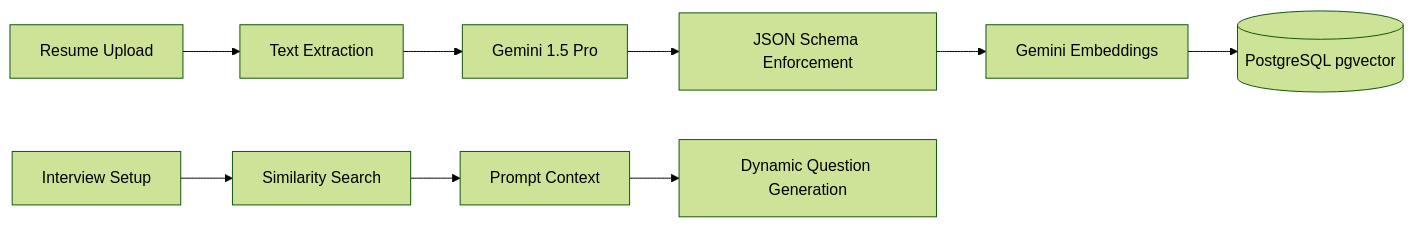
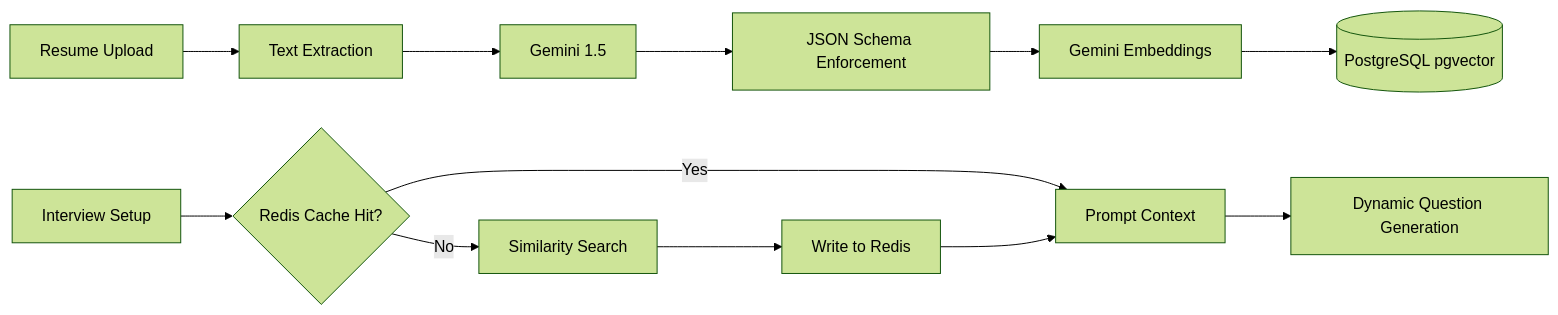
One commit to Vaibhav-Rajput-connect/InterviewOS changed the second of 2 diagrams in README.md. Above: the diagram before and after it, drawn with Mermaid (forest theme). The commit also changed other lines of this file, not shown here.

````diff
--- a/README.md
+++ b/README.md
@@ -76,12 +75,15 @@
 ```mermaid
 flowchart LR
     Upload[Resume Upload] --> Parse[Text Extraction]
-    Parse --> AI[Gemini 1.5 Pro]
+    Parse --> AI[Gemini 1.5]
     AI --> Structure[JSON Schema Enforcement]
     Structure --> Embed[Gemini Embeddings]
     Embed --> VectorDB[(PostgreSQL pgvector)]
     
-    Query[Interview Setup] --> Retrieve[Similarity Search]
-    Retrieve --> Context[Prompt Context]
+    Query[Interview Setup] --> CacheCheck{Redis Cache Hit?}
+    CacheCheck -- Yes --> Context
+    CacheCheck -- No --> Retrieve[Similarity Search]
+    Retrieve --> CacheWrite[Write to Redis]
+    CacheWrite --> Context[Prompt Context]
     Context --> Generation[Dynamic Question Generation]
 ```
````
